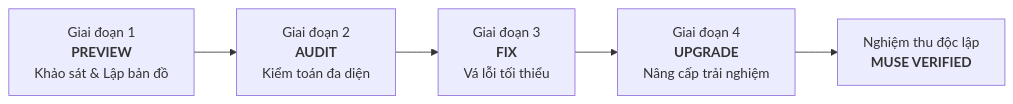
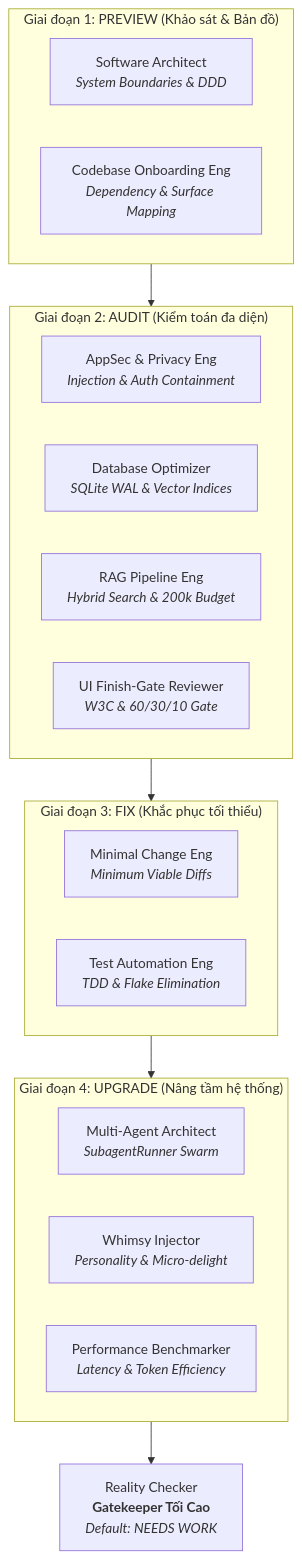
The diagram in docs/plans/2026-10-30-agency-preview-audit-fix-upgrade-plan.md (mmmnhat/mulon-v2), drawn with Mermaid before and after one commit. The commit also changed other lines of this file and 1 other file, not shown here.

````diff
--- a/docs/plans/2026-10-30-agency-preview-audit-fix-upgrade-plan.md
+++ b/docs/plans/2026-10-30-agency-preview-audit-fix-upgrade-plan.md
@@ -26,7 +16,29 @@
 ```mermaid
-flowchart LR
-    A["Giai đoạn 1<br/><b>PREVIEW</b><br/>Khảo sát & Lập bản đồ"] --> B["Giai đoạn 2<br/><b>AUDIT</b><br/>Kiểm toán đa diện"]
-    B --> C["Giai đoạn 3<br/><b>FIX</b><br/>Vá lỗi tối thiểu"]
-    C --> D["Giai đoạn 4<br/><b>UPGRADE</b><br/>Nâng cấp trải nghiệm"]
-    D --> E["Nghiệm thu độc lập<br/><b>MUSE VERIFIED</b>"]
+flowchart TD
+    subgraph G1["Giai đoạn 1: PREVIEW (Khảo sát & Bản đồ)"]
+        SA["Software Architect<br/><i>System Boundaries & DDD</i>"]
+        COE["Codebase Onboarding Eng<br/><i>Dependency & Surface Mapping</i>"]
+    end
+
+    subgraph G2["Giai đoạn 2: AUDIT (Kiểm toán đa diện)"]
+        ASE["AppSec & Privacy Eng<br/><i>Injection & Auth Containment</i>"]
+        DBO["Database Optimizer<br/><i>SQLite WAL & Vector Indices</i>"]
+        RAG["RAG Pipeline Eng<br/><i>Hybrid Search & 200k Budget</i>"]
+        UIR["UI Finish-Gate Reviewer<br/><i>W3C & 60/30/10 Gate</i>"]
+    end
+
+    subgraph G3["Giai đoạn 3: FIX (Khắc phục tối thiểu)"]
+        MCE["Minimal Change Eng<br/><i>Minimum Viable Diffs</i>"]
+        TAE["Test Automation Eng<br/><i>TDD & Flake Elimination</i>"]
+    end
+
+    subgraph G4["Giai đoạn 4: UPGRADE (Nâng tầm hệ thống)"]
+        MAS["Multi-Agent Architect<br/><i>SubagentRunner Swarm</i>"]
+        WHI["Whimsy Injector<br/><i>Personality & Micro-delight</i>"]
+        PEB["Performance Benchmarker<br/><i>Latency & Token Efficiency</i>"]
+    end
+
+    RC["Reality Checker<br/><b>Gatekeeper Tối Cao</b><br/><i>Default: NEEDS WORK</i>"]
+
+    G1 --> G2 --> G3 --> G4 --> RC
 ```
````
